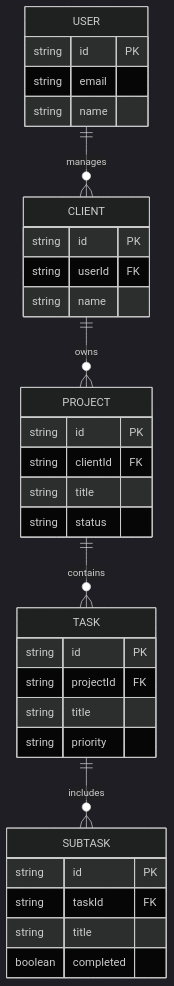
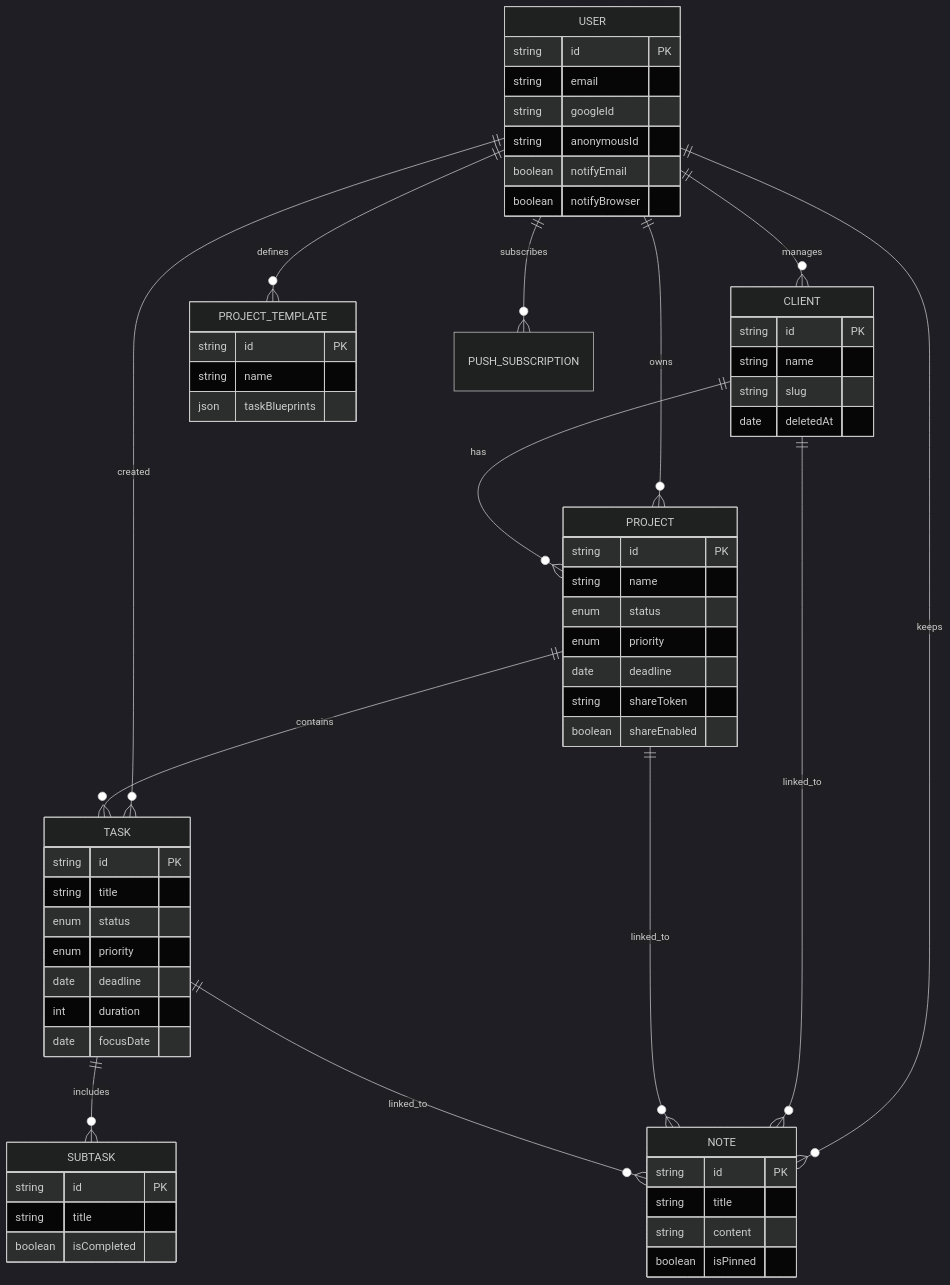
Before and after one commit to codeshan-1/FlowShan-CaseStudy: the diagram in diagrams/04-database-schema.mmd, drawn with Mermaid (dark theme). The commit also changed 23 other files, not shown here.

```diff
--- a/diagrams/04-database-schema.mmd
+++ b/diagrams/04-database-schema.mmd
@@ -1,34 +1,74 @@
 erDiagram
+    %% Core Users & Auth
     USER ||--o{ CLIENT : manages
-    CLIENT ||--o{ PROJECT : owns
+    USER ||--o{ PROJECT : owns
+    USER ||--o{ TASK : created
+    USER ||--o{ NOTE : keeps
+    USER ||--o{ PROJECT_TEMPLATE : defines
+    USER ||--o{ PUSH_SUBSCRIPTION : subscribes
+    
+    %% Hierarchy
+    CLIENT ||--o{ PROJECT : has
+    CLIENT ||--o{ NOTE : linked_to
+    
     PROJECT ||--o{ TASK : contains
+    PROJECT ||--o{ NOTE : linked_to
+    
     TASK ||--o{ SUBTASK : includes
+    TASK ||--o{ NOTE : linked_to
     
+    %% Definitions
     USER {
         string id PK
         string email
-        string name
+        string googleId
+        string anonymousId
+        boolean notifyEmail
+        boolean notifyBrowser
     }
+
     CLIENT {
         string id PK
-        string userId FK
         string name
+        string slug
+        date deletedAt
     }
+
     PROJECT {
         string id PK
-        string clientId FK
-        string title
-        string status
+        string name
+        enum status
+        enum priority
+        date deadline
+        string shareToken
+        boolean shareEnabled
     }
+
     TASK {
         string id PK
-        string projectId FK
         string title
-        string priority
+        enum status
+        enum priority
+        date deadline
+        int duration
+        date focusDate
     }
+
     SUBTASK {
         string id PK
-        string taskId FK
         string title
-        boolean completed
+        boolean isCompleted
     }
+
+    NOTE {
+        string id PK
+        string title
+        string content
+        boolean isPinned
+    }
+
+    PROJECT_TEMPLATE {
+        string id PK
+        string name
+        json taskBlueprints
+    }
```
